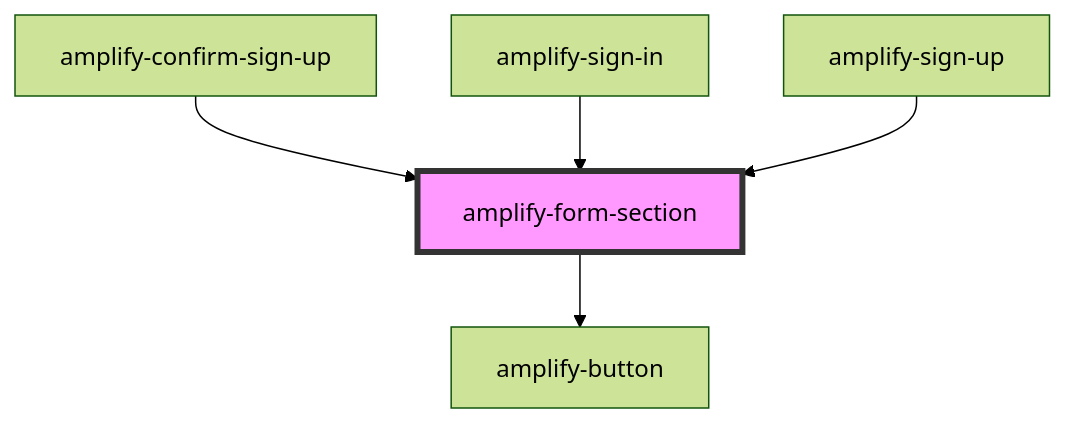
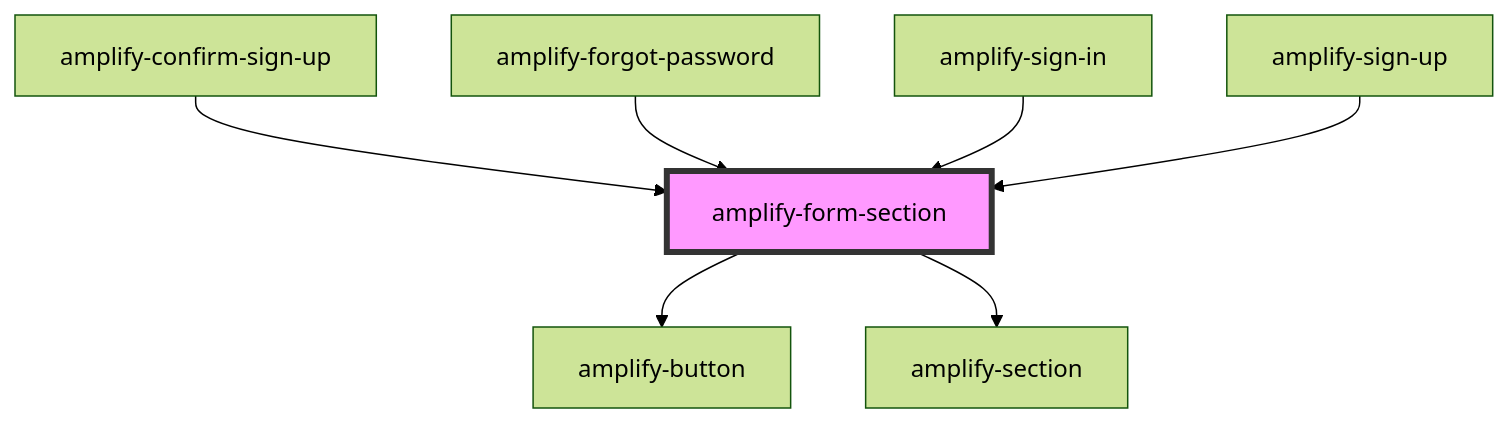
Before and after one commit to aws-amplify/amplify-js: the diagram in packages/amplify-ui-components/src/components/amplify-form-section/readme.md, drawn with Mermaid (forest theme). The commit also changed other lines of this file and 7 other files, not shown here.

````diff
--- a/packages/amplify-ui-components/src/components/amplify-form-section/readme.md
+++ b/packages/amplify-ui-components/src/components/amplify-form-section/readme.md
@@ -33,8 +35,10 @@
 ```mermaid
 graph TD;
   amplify-form-section --> amplify-button
+  amplify-form-section --> amplify-section
   amplify-confirm-sign-up --> amplify-form-section
+  amplify-forgot-password --> amplify-form-section
   amplify-sign-in --> amplify-form-section
   amplify-sign-up --> amplify-form-section
   style amplify-form-section fill:#f9f,stroke:#333,stroke-width:4px
 ```
````
